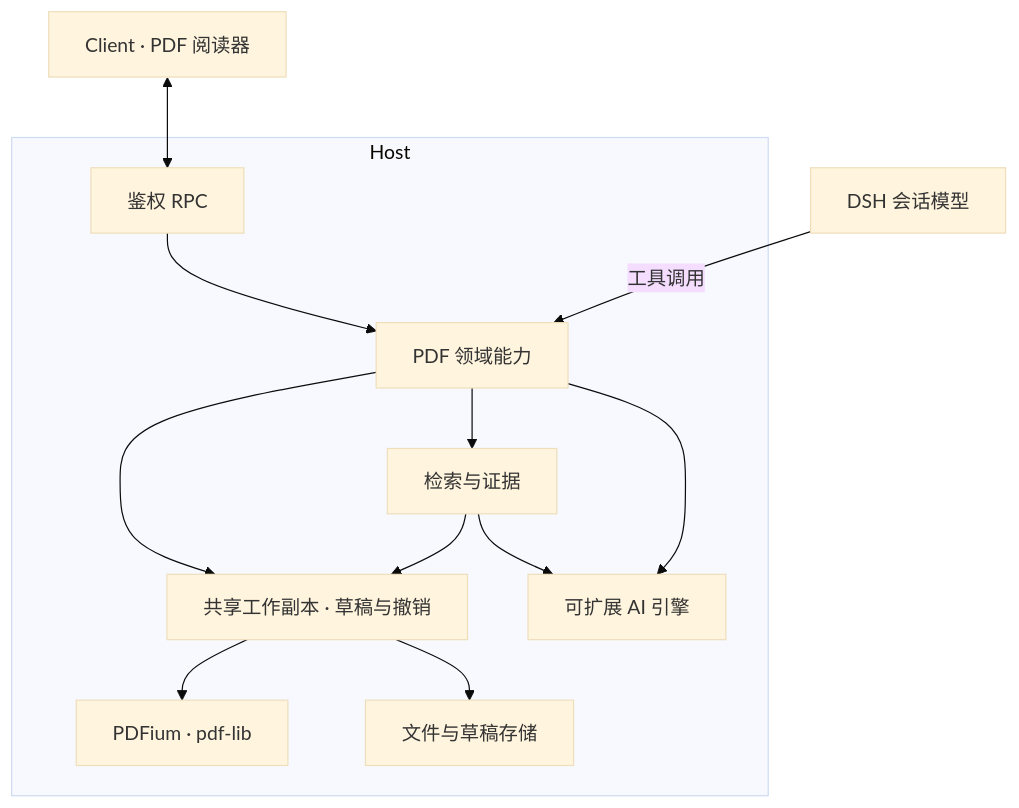
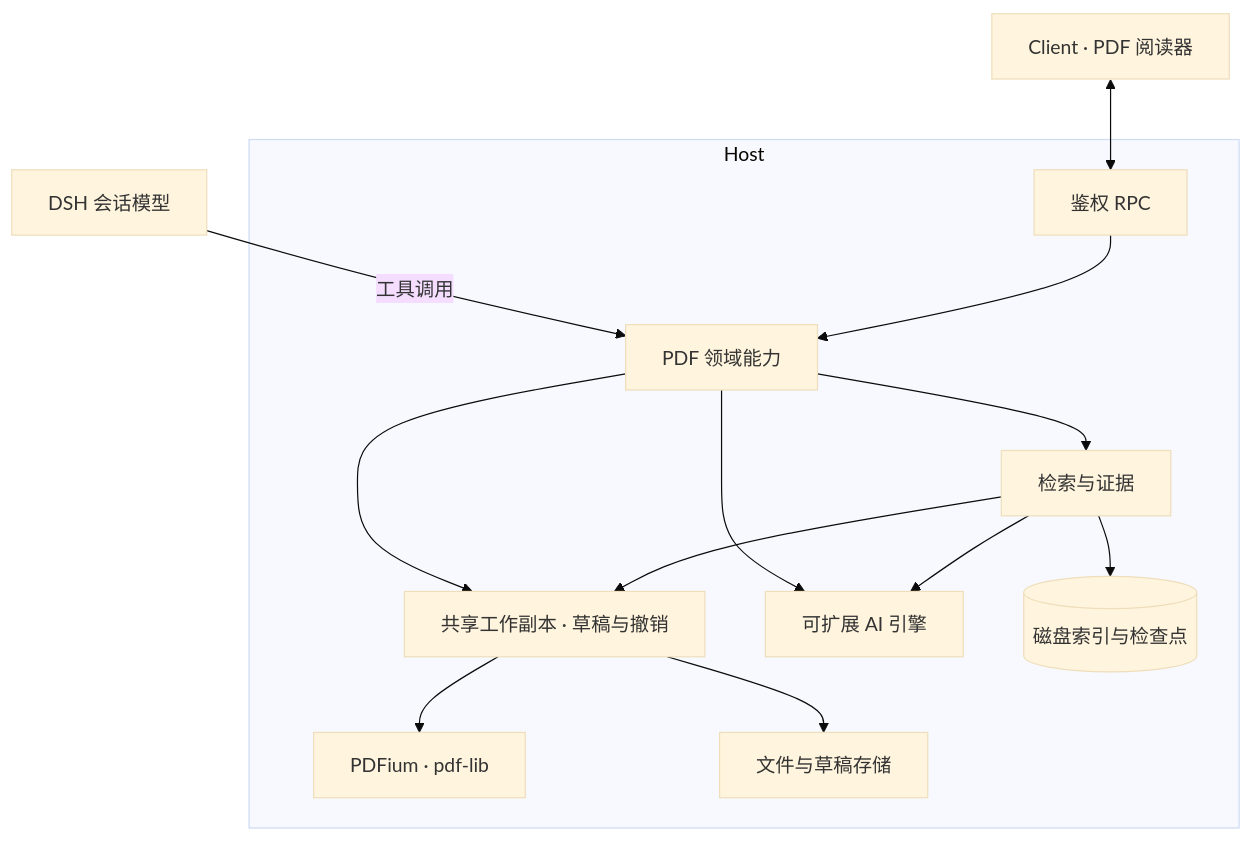
One commit to dingyiliao/dsh-bundle-pdf changed the diagram in README.zh.md. Above: the diagram before and after it, drawn with Mermaid (base theme). The commit also changed other lines of this file and 98 other files, not shown here.

````diff
--- a/README.zh.md
+++ b/README.zh.md
@@ -63,15 +63,16 @@
 ```mermaid
 flowchart TB
   Reader["Client · PDF 阅读器"] <--> RPC
   Model["DSH 会话模型"] -- "工具调用" --> Features
   subgraph Host
     RPC["鉴权 RPC"] --> Features["PDF 领域能力"]
     Features --> Copy["共享工作副本 · 草稿与撤销"]
     Features --> Search["检索与证据"]
     Features --> Engines["可扩展 AI 引擎"]
     Search --> Copy
     Search --> Engines
+    Search --> Index[("磁盘索引与检查点")]
     Copy --> PDF["PDFium · pdf-lib"]
     Copy --> Storage["文件与草稿存储"]
   end
 ```
````
